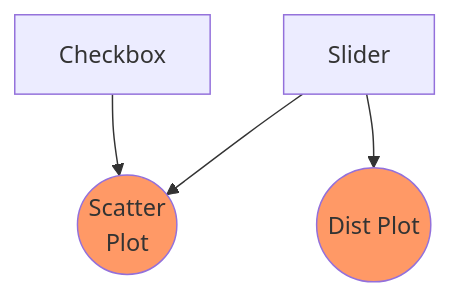
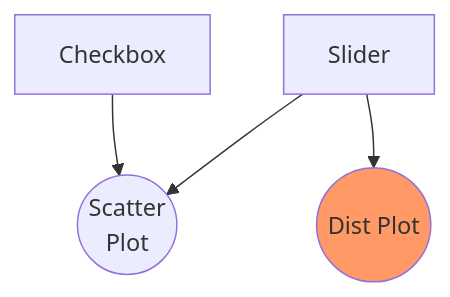
Before and after one commit to posit-dev/py-shiny-workshop: the eighth of 26 diagrams in slides/reactivity.qmd, drawn with Mermaid. The commit also changed other lines of this file and 35 other files, not shown here.

````diff
--- a/slides/reactivity.qmd
+++ b/slides/reactivity.qmd
@@ -170,8 +225,8 @@
 ```{mermaid}
 flowchart TD
-  C[Checkbox] --> Sc((Scatter\nPlot)):::changed
+  C[Checkbox] --> Sc((Scatter\nPlot))
   Sl[Slider] --> Sc 
   Sl --> M((Dist Plot)):::changed
   
   classDef changed fill:#f96
 ```
````
